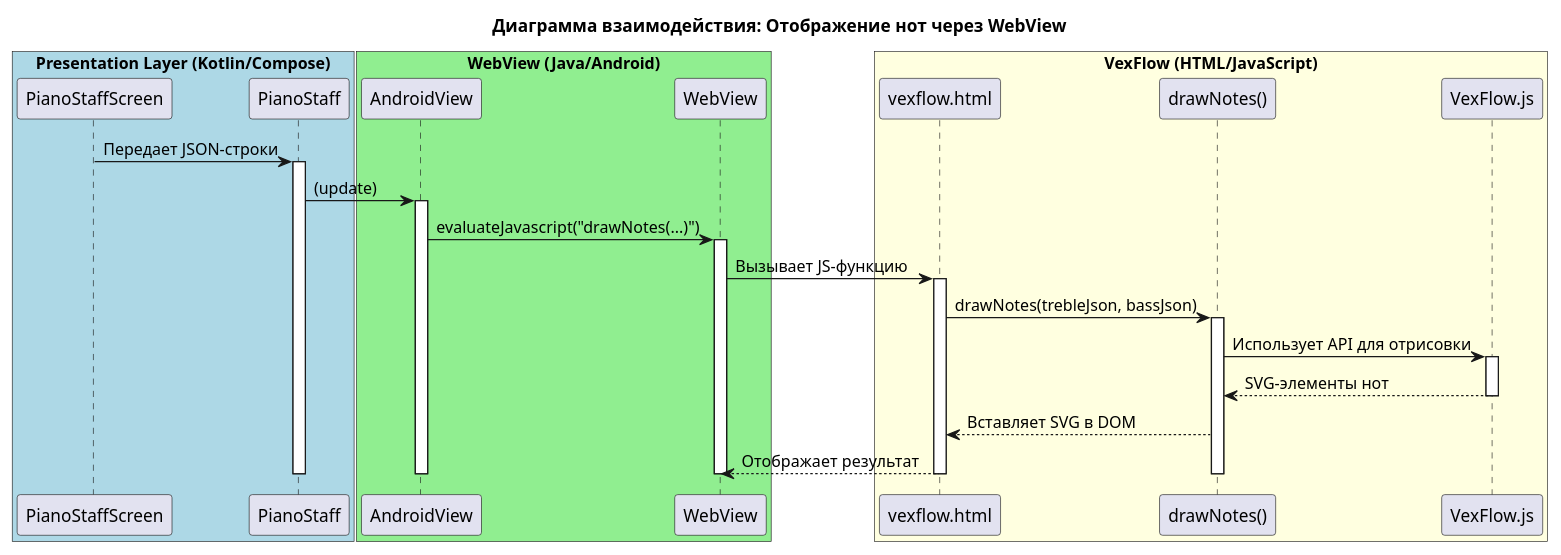
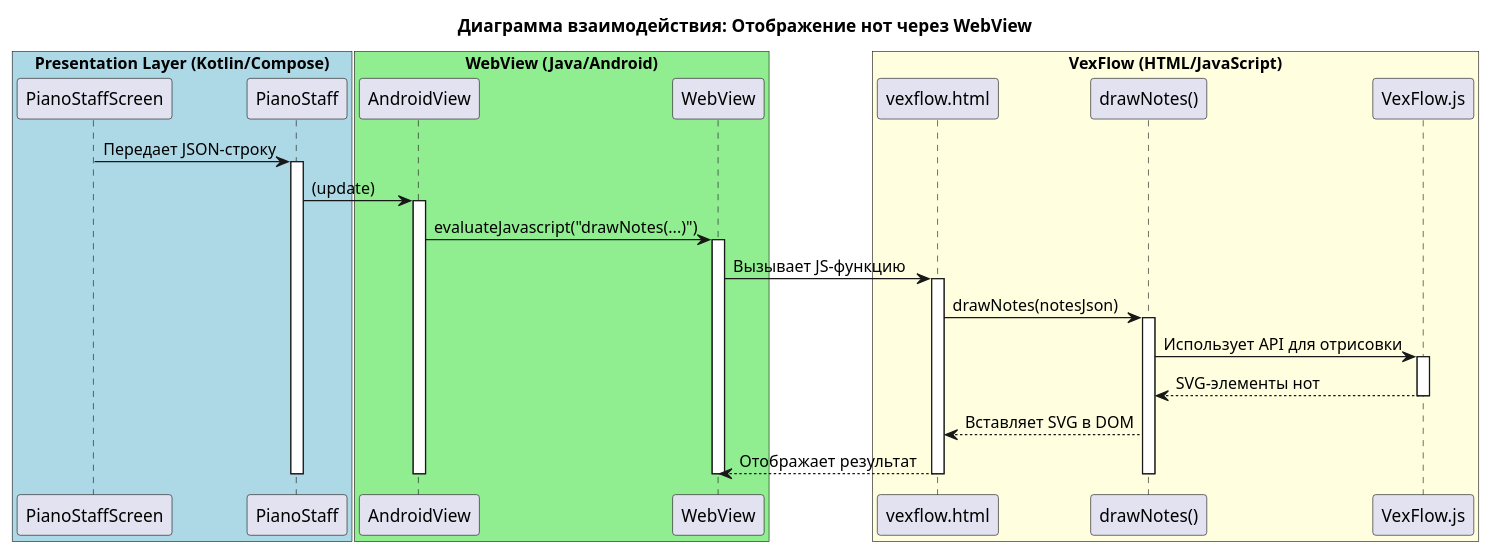
One commit to astrizhachuk/PianoFlow changed the sixth of 6 diagrams in docs/ru/ts/MIDI_MESSAGE_PROCESSING.md. Above: the diagram before and after it, drawn with PlantUML. The commit also changed other lines of this file and 1 other file, not shown here.

````diff
--- a/docs/ru/ts/MIDI_MESSAGE_PROCESSING.md
+++ b/docs/ru/ts/MIDI_MESSAGE_PROCESSING.md
@@ -364,51 +359,51 @@
 ```plantuml
 @startuml
 title Диаграмма взаимодействия: Отображение нот через WebView
 
 box "Presentation Layer (Kotlin/Compose)" #LightBlue
     participant "PianoStaffScreen" as Screen
     participant "PianoStaff" as StaffComposable
 end box
 
 box "WebView (Java/Android)" #LightGreen
     participant "AndroidView" as AndroidView
     participant "WebView" as WebView
 end box
 
 box "VexFlow (HTML/JavaScript)" #LightYellow
     participant "vexflow.html" as HtmlPage
     participant "drawNotes()" as DrawJsFunc
     participant "VexFlow.js" as VexFlowLib
 end box
 
-Screen -> StaffComposable : Передает JSON-строки
+Screen -> StaffComposable : Передает JSON-строку
 activate StaffComposable
 
 StaffComposable -> AndroidView : (update)
 activate AndroidView
 
 AndroidView -> WebView : evaluateJavascript("drawNotes(...)")
 activate WebView
 
 WebView -> HtmlPage : Вызывает JS-функцию
 activate HtmlPage
 
-HtmlPage -> DrawJsFunc : drawNotes(trebleJson, bassJson)
+HtmlPage -> DrawJsFunc : drawNotes(notesJson)
 activate DrawJsFunc
 
 DrawJsFunc -> VexFlowLib : Использует API для отрисовки
 activate VexFlowLib
 VexFlowLib --> DrawJsFunc : SVG-элементы нот
 deactivate VexFlowLib
 
 DrawJsFunc --> HtmlPage : Вставляет SVG в DOM
 
 HtmlPage --> WebView : Отображает результат
 deactivate DrawJsFunc
 deactivate HtmlPage
 deactivate WebView
 deactivate AndroidView
 deactivate StaffComposable
 
 @enduml
 ```
````
